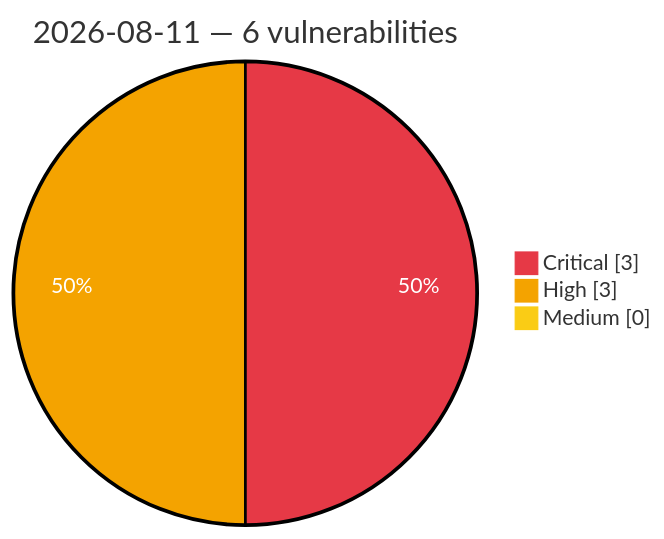
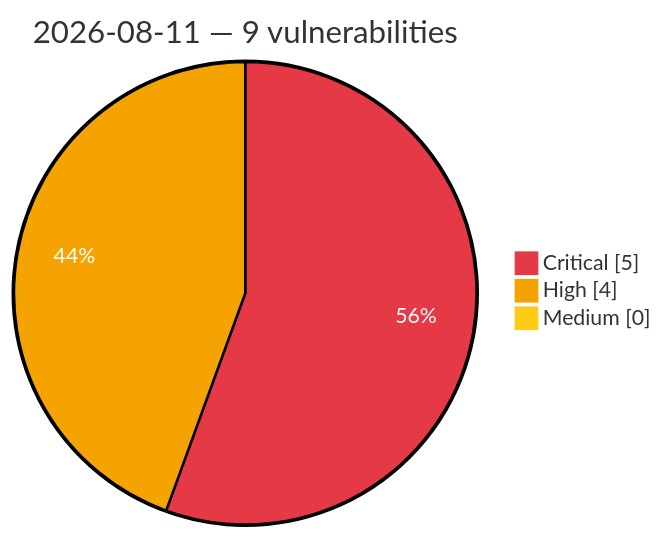
Before and after one commit to GhostX0X/vuln-tracker: the diagram in vulnerabilities/2026/August/2026-08-11.md, drawn with Mermaid. The commit also changed other lines of this file and 5 other files, not shown here.

Commit message:
Auto update: critical/high vulns (2026-08-11 08:52 UTC)

````diff
--- a/vulnerabilities/2026/August/2026-08-11.md
+++ b/vulnerabilities/2026/August/2026-08-11.md
@@ -3,8 +3,8 @@
 ```mermaid
 %%{init: {'theme':'base', 'themeVariables': {'pie1':'#e63946', 'pie2':'#f4a300', 'pie3':'#facc15', 'pieOpacity':'1', 'pieOuterStrokeWidth':'2px', 'pieSectionTextColor':'#ffffff'}}}%%
 pie showData
-    title 2026-08-11 — 6 vulnerabilities
-    "Critical" : 3
-    "High" : 3
+    title 2026-08-11 — 9 vulnerabilities
+    "Critical" : 5
+    "High" : 4
     "Medium" : 0
 ```
````
